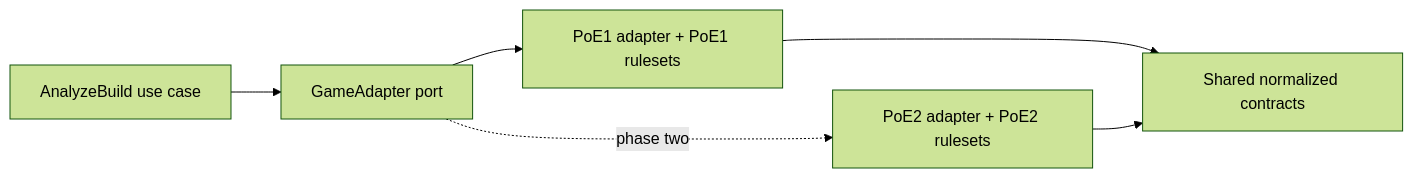
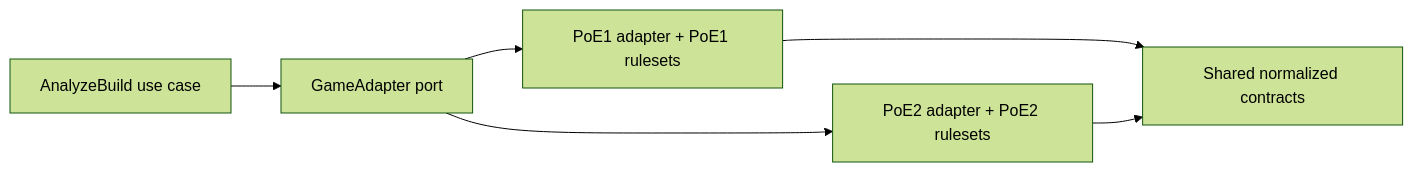
The diagram in docs/architecture/poe1-poe2-boundary.md (cryptopust/lootwright), drawn with Mermaid (forest theme) before and after one commit. The commit also changed other lines of this file and 42 other files, not shown here.

````diff
--- a/docs/architecture/poe1-poe2-boundary.md
+++ b/docs/architecture/poe1-poe2-boundary.md
@@ -5,15 +5,15 @@
 ```mermaid
 flowchart LR
     USE[AnalyzeBuild use case]
     PORT[GameAdapter port]
     P1[PoE1 adapter + PoE1 rulesets]
     P2[PoE2 adapter + PoE2 rulesets]
     N[Shared normalized contracts]
 
     USE --> PORT
     PORT --> P1
-    PORT -. phase two .-> P2
+    PORT --> P2
     P1 --> N
     P2 --> N
     P1 ~~~ P2
 ```
````
